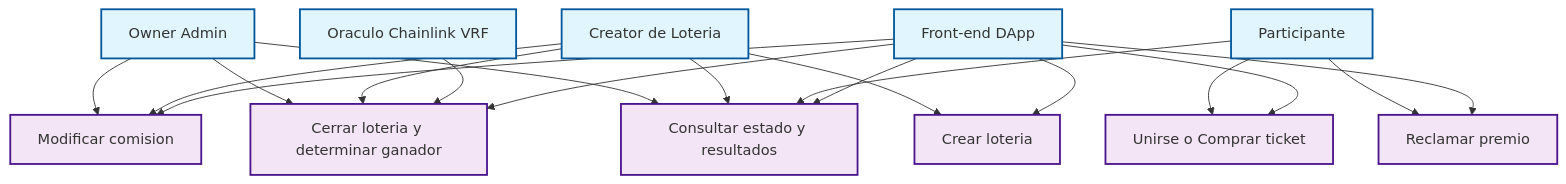
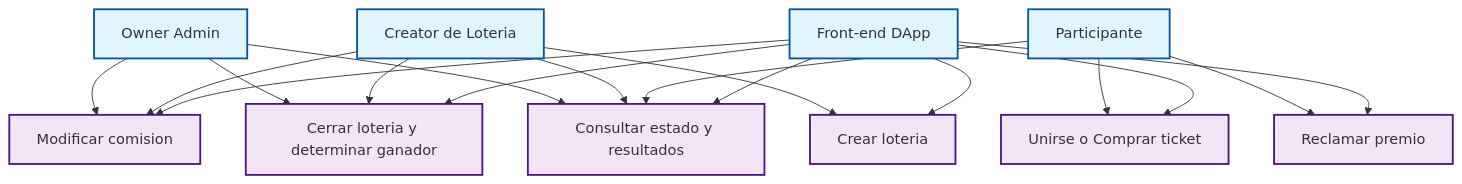
One commit to DIEGODOPAZO/BlockChain_p1 changed the diagram in Ejercicio5/README.md. Above: the diagram before and after it, drawn with Mermaid. The commit also changed other lines of this file, not shown here.

````diff
--- a/Ejercicio5/README.md
+++ b/Ejercicio5/README.md
@@ -113,49 +113,46 @@
 ```mermaid
 graph TD
     %% Actores (parte superior)
     A[Owner Admin]
     B[Creator de Loteria]
     C[Participante]
-    D[Oraculo Chainlink VRF]
     E[Front-end DApp]
 
     %% Casos de uso (parte inferior)
     UC1[Crear loteria]
     UC2[Unirse o Comprar ticket]
     UC3[Modificar comision]
     UC4[Cerrar loteria y determinar ganador]
     UC5[Reclamar premio]
     UC6[Consultar estado y resultados]
 
     %% Relaciones verticales
     A --> UC3
     A --> UC4
     A --> UC6
 
     B --> UC1
     B --> UC3
     B --> UC4
     B --> UC6
 
     C --> UC2
     C --> UC5
     C --> UC6
 
-    D --> UC4
-
     E --> UC1
     E --> UC2
     E --> UC3
     E --> UC4
     E --> UC5
     E --> UC6
 
     %% Estilo para diferenciar
     classDef actor fill:#e1f5fe,stroke:#01579b,stroke-width:2px
     classDef useCase fill:#f3e5f5,stroke:#4a148c,stroke-width:2px
     
-    class A,B,C,D,E actor
+    class A,B,C,E actor
     class UC1,UC2,UC3,UC4,UC5,UC6 useCase
 
 
 ```
````
